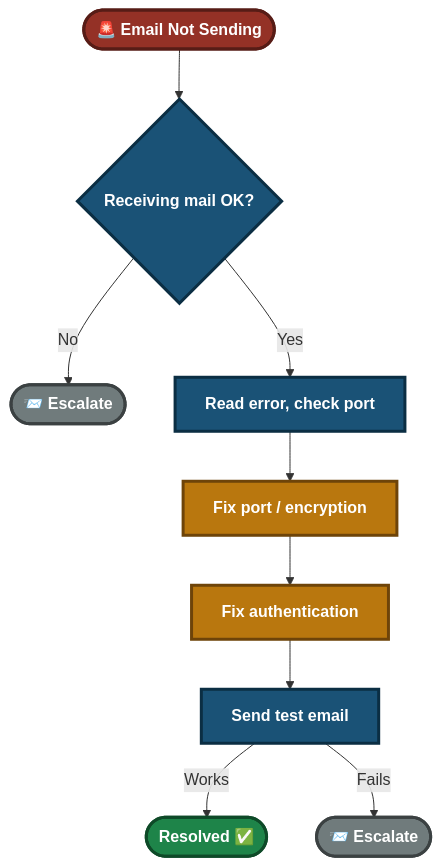
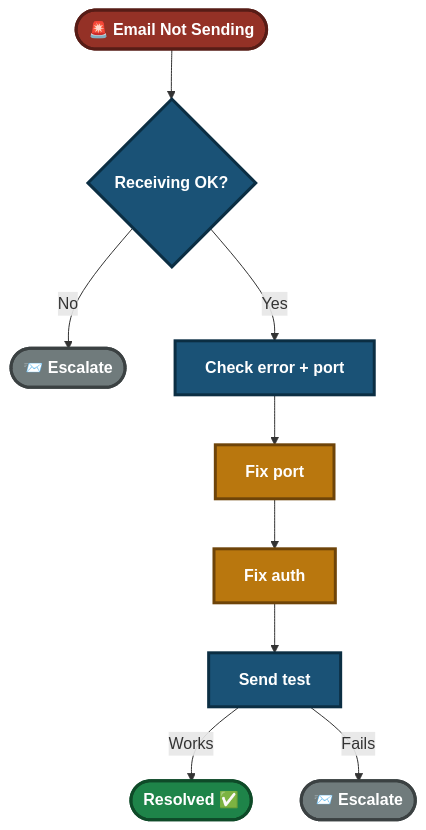
Before and after one commit to malaika-azhar/Customer-Tech-Support-Portfolio: the fifth of 5 diagrams in 01-Video-knowledge-base/01.2-Email-Sending-Failure.md, drawn with Mermaid. The commit also changed other lines of this file, not shown here.

````diff
--- a/01-Video-knowledge-base/01.2-Email-Sending-Failure.md
+++ b/01-Video-knowledge-base/01.2-Email-Sending-Failure.md
@@ -298,17 +319,17 @@
 ```mermaid
 flowchart TD
-    Start(["🚨 Email Not Sending"]):::start --> A{"Receiving mail OK?"}:::step
+    Start(["🚨 Email Not Sending"]):::start --> A{"Receiving OK?"}:::step
     A -->|No| B(["📨 Escalate"]):::esc
-    A -->|Yes| C["Read error, check port"]:::step
-    C --> D["Fix port / encryption"]:::fix
-    D --> E["Fix authentication"]:::fix
-    E --> G["Send test email"]:::step
+    A -->|Yes| C["Check error + port"]:::step
+    C --> D["Fix port"]:::fix
+    D --> E["Fix auth"]:::fix
+    E --> G["Send test"]:::step
     G -->|Works| End1(["Resolved ✅"]):::ok
     G -->|Fails| End2(["📨 Escalate"]):::esc
 
     classDef start fill:#943126,stroke:#571C16,stroke-width:3px,color:#FFFFFF,font-weight:bold
     classDef step fill:#1A5276,stroke:#0B2E43,stroke-width:3px,color:#FFFFFF,font-weight:bold
     classDef fix fill:#B9770E,stroke:#6E4409,stroke-width:3px,color:#FFFFFF,font-weight:bold
     classDef ok fill:#1E8449,stroke:#0E4A28,stroke-width:3px,color:#FFFFFF,font-weight:bold
     classDef esc fill:#707B7C,stroke:#3B4142,stroke-width:3px,color:#FFFFFF,font-weight:bold
 ```
````
